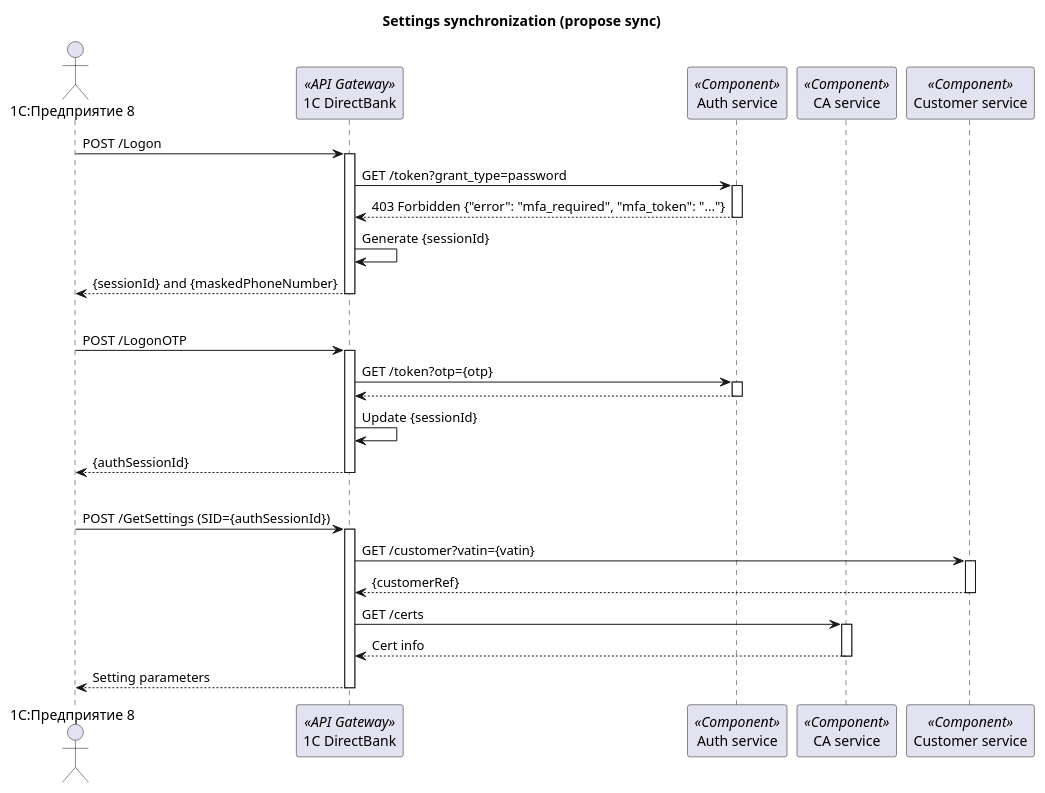
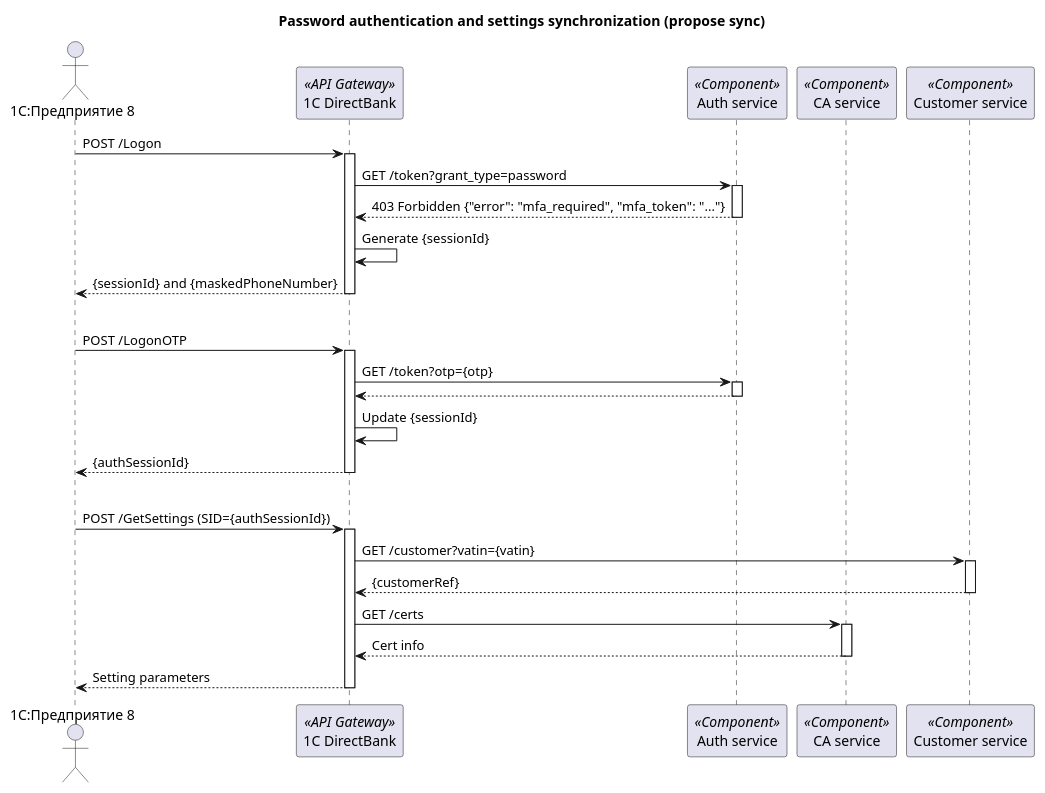
One commit to RaikBitters/ibank-internal-services changed the first of 2 diagrams in diagrams/1c-directbank-auth/sequence-proposal.puml. Above: the diagram before and after it, drawn with PlantUML. The commit also changed 8 other files, not shown here.

Commit message:
Patch diagrams

```diff
--- a/diagrams/1c-directbank-auth/sequence-proposal.puml
+++ b/diagrams/1c-directbank-auth/sequence-proposal.puml
@@ -1,52 +1,52 @@
-@startuml 1c-directbank-proposal-sync-sequence
+@startuml 1c-directbank-proposal-auth&sync-sequence
 
 actor "1C:Предприятие 8" as 1CERP
 participant "1C DirectBank" as 1CDirect <<API Gateway>>
 participant "Auth service" as AutheService <<Component>>
 participant "CA service" as CAService <<Component>>
 participant "Customer service" as CustomerService <<Component>>
 
-title Settings synchronization (propose sync)
+title Password authentication and settings synchronization (propose sync)
 
 1CERP -> 1CDirect: POST /Logon
 activate 1CDirect
 
 1CDirect -> AutheService: GET /token?grant_type=password
 activate AutheService
 return 403 Forbidden {"error": "mfa_required", "mfa_token": "..."}
 
 1CDirect -> 1CDirect: Generate {sessionId}
 return {sessionId} and {maskedPhoneNumber}
 
 |||
 
 1CERP -> 1CDirect: POST /LogonOTP
 activate 1CDirect
 
 1CDirect -> AutheService: GET /token?otp={otp}
 activate AutheService
 
 return
 
 1CDirect -> 1CDirect: Update {sessionId}
 
 return {authSessionId}
 
 |||
 
 1CERP -> 1CDirect: POST /GetSettings (SID={authSessionId})
 activate 1CDirect
 
 1CDirect -> CustomerService: GET /customer?vatin={vatin}
 activate CustomerService
 
 return {customerRef}
 
 1CDirect -> CAService: GET /certs
 activate CAService
 
 return Cert info
 
 return Setting parameters 
 
 @enduml
```
